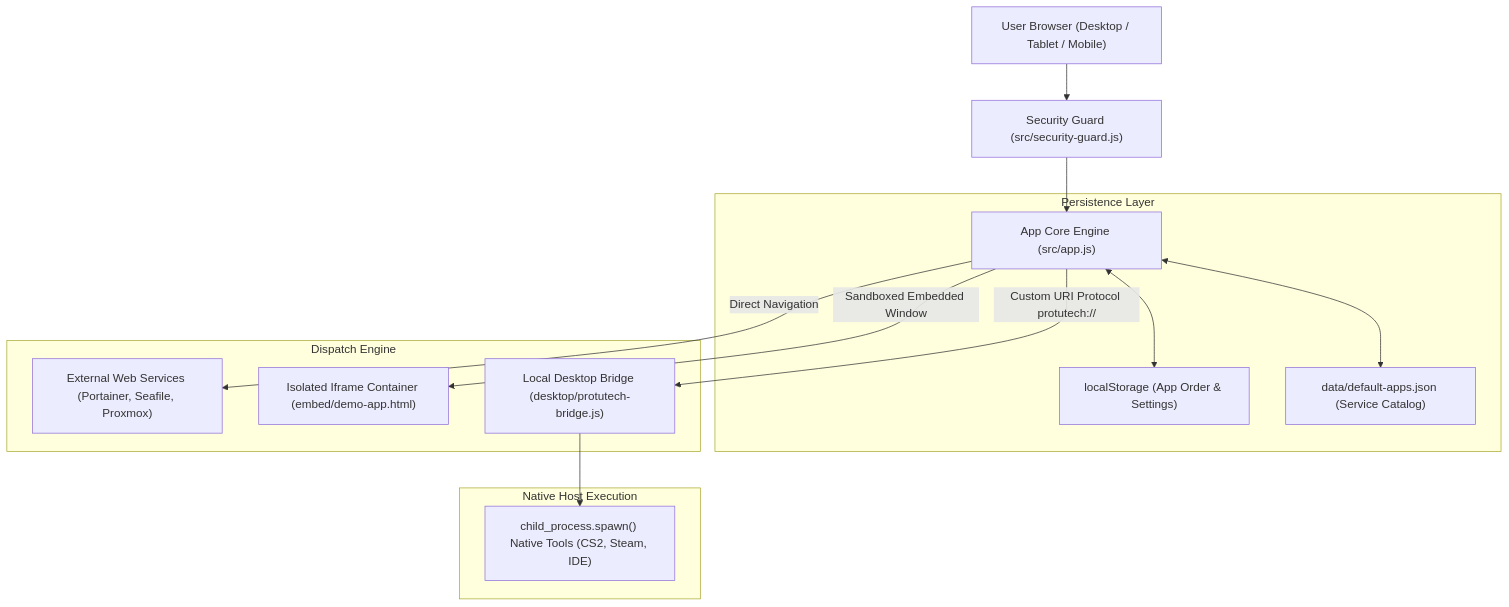
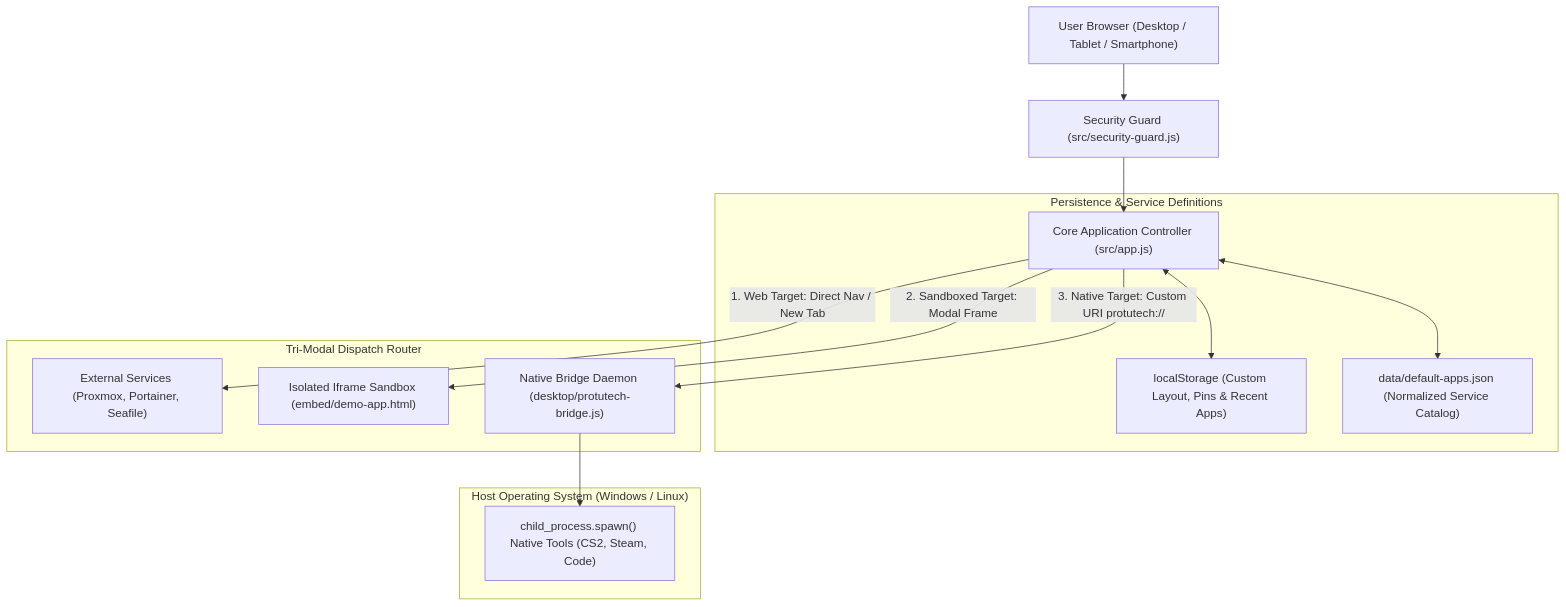
One commit to IAndrexI/documentation changed the first of 2 diagrams in docs/apps/protutechdash/index.md. Above: the diagram before and after it, drawn with Mermaid. The commit also changed other lines of this file and 14 other files, not shown here.

````diff
--- a/docs/apps/protutechdash/index.md
+++ b/docs/apps/protutechdash/index.md
@@ -7,20 +9,20 @@
 ```mermaid
 graph TD
-    Client["User Browser (Desktop / Tablet / Mobile)"] --> Guard["Security Guard (src/security-guard.js)"]
-    Guard --> CoreApp["App Core Engine (src/app.js)"]
+    Client["User Browser (Desktop / Tablet / Smartphone)"] --> SecurityGuard["Security Guard (src/security-guard.js)"]
+    SecurityGuard --> CoreApp["Core Application Controller (src/app.js)"]
     
-    subgraph StorageLayer["Persistence Layer"]
-        CoreApp <--> LocalStore["localStorage (App Order & Settings)"]
-        CoreApp <--> DefaultJSON["data/default-apps.json (Service Catalog)"]
+    subgraph StorageLayer["Persistence & Service Definitions"]
+        CoreApp <--> LocalStorage["localStorage (Custom Layout, Pins & Recent Apps)"]
+        CoreApp <--> CatalogJSON["data/default-apps.json (Normalized Service Catalog)"]
     end
 
-    subgraph ServiceDispatch["Dispatch Engine"]
-        CoreApp -->|Direct Navigation| WebLink["External Web Services (Portainer, Seafile, Proxmox)"]
-        CoreApp -->|Sandboxed Embedded Window| SafeFrame["Isolated Iframe Container (embed/demo-app.html)"]
-        CoreApp -->|Custom URI Protocol protutech://| BridgeAgent["Local Desktop Bridge (desktop/protutech-bridge.js)"]
+    subgraph ServiceDispatchRouter["Tri-Modal Dispatch Router"]
+        CoreApp -->|1. Web Target: Direct Nav / New Tab| ExternalWeb["External Services (Proxmox, Portainer, Seafile)"]
+        CoreApp -->|2. Sandboxed Target: Modal Frame| EmbeddedApp["Isolated Iframe Sandbox (embed/demo-app.html)"]
+        CoreApp -->|3. Native Target: Custom URI protutech://| BridgeAgent["Native Bridge Daemon (desktop/protutech-bridge.js)"]
     end
 
-    subgraph DesktopExecution["Native Host Execution"]
-        BridgeAgent --> ProcessSpawn["child_process.spawn() Native Tools (CS2, Steam, IDE)"]
+    subgraph NativeExecutionBoundary["Host Operating System (Windows / Linux)"]
+        BridgeAgent --> ProcessSpawn["child_process.spawn() Native Tools (CS2, Steam, Code)"]
     end
 ```
````
